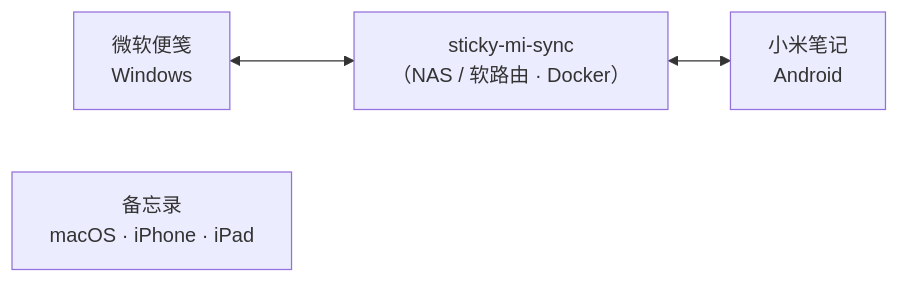
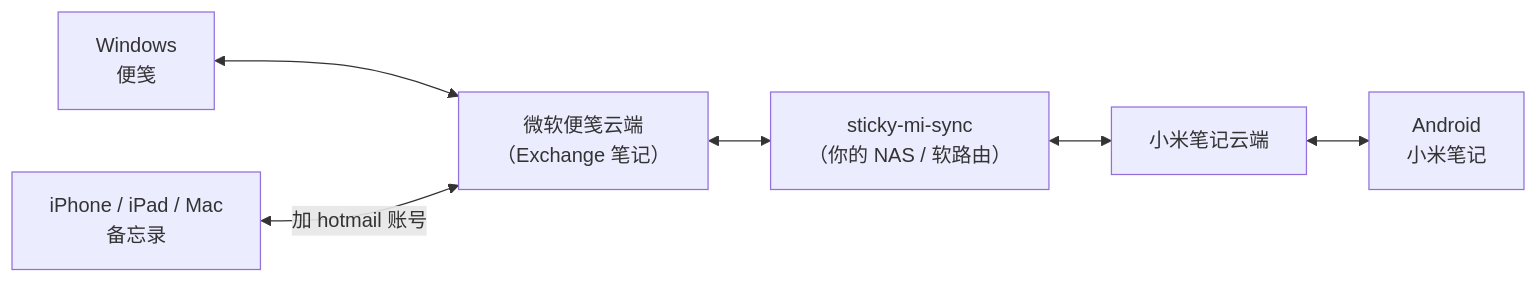
The diagram in README.md (dxfong/sticky-mi-sync), drawn with Mermaid before and after one commit. The commit also changed other lines of this file, not shown here.

First line of the commit message:
docs: 重写 README —— 讲清项目成立的关键：Apple 端加 hotmail 账号直连

````diff
--- a/README.md
+++ b/README.md
@@ -23,6 +43,8 @@
 ```mermaid
 flowchart LR
-    G["微软便笺<br/>Windows"] <--> S["sticky-mi-sync<br/>（NAS / 软路由 · Docker）"]
-    S <--> A["小米笔记<br/>Android"]
-    N["备忘录<br/>macOS · iPhone · iPad"]
+    W["Windows<br/>便笺"] <--> MS["微软便笺云端<br/>（Exchange 笔记）"]
+    N["iPhone / iPad / Mac<br/>备忘录"] <-->|"加 hotmail 账号"| MS
+    MS <--> SV["sticky-mi-sync<br/>（你的 NAS / 软路由）"]
+    SV <--> MI["小米笔记云端"]
+    MI <--> M["Android<br/>小米笔记"]
 ```
````
